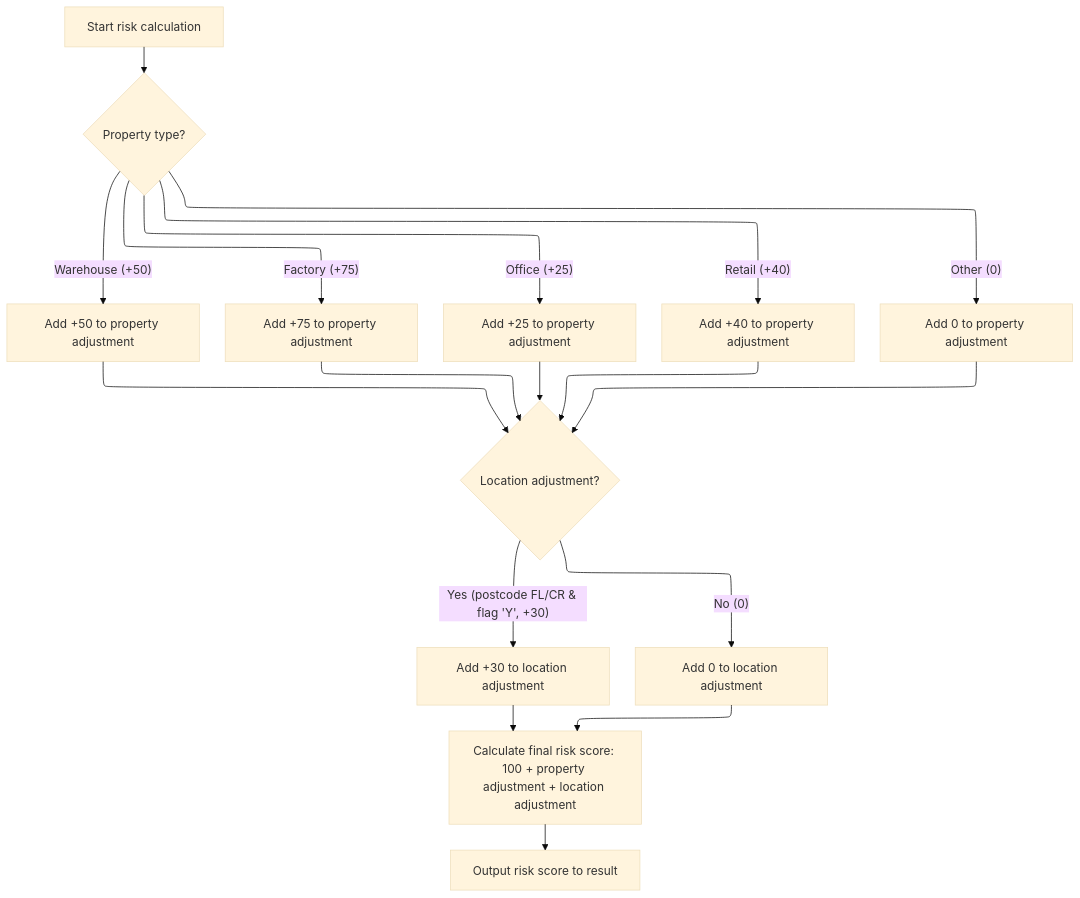
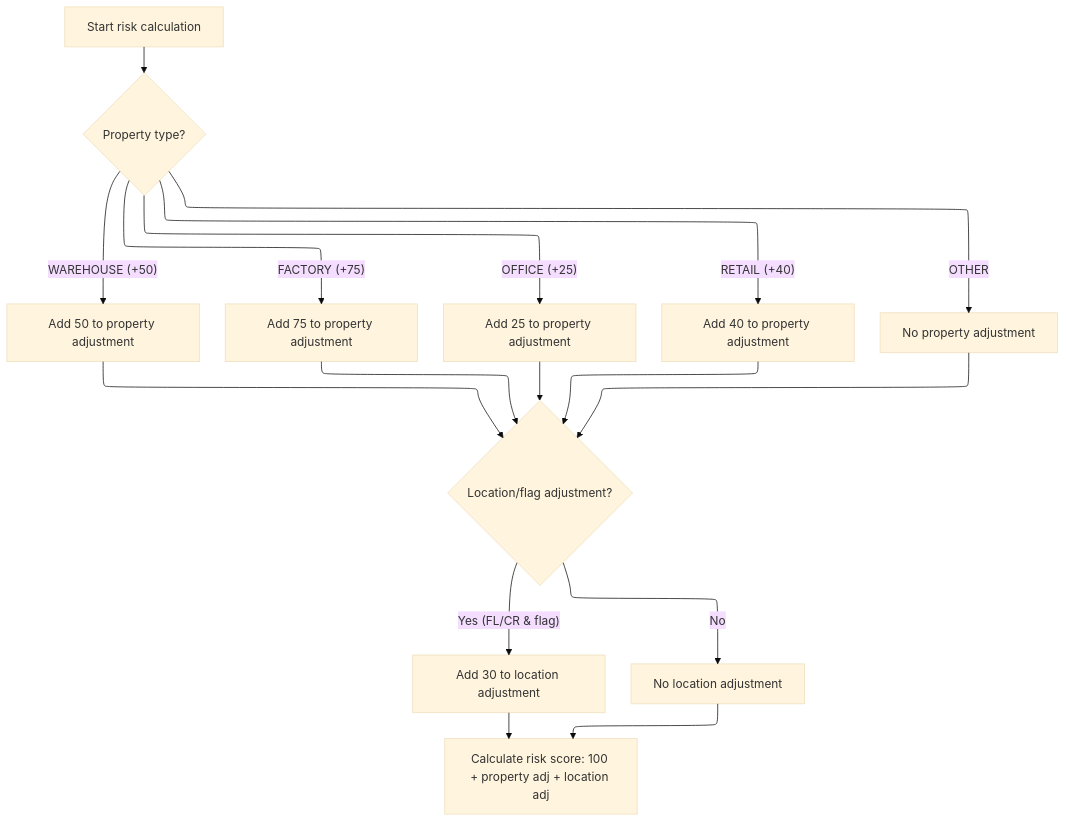
Before and after one commit to Giri-Swimm/Swimmio-genapp-motor: the second of 3 diagrams in .swm/risk-assessment-and-premium-calculation-lgpcalc1.a7vdekvv.sw.md, drawn with Mermaid (base theme). The commit also changed other lines of this file and 17 other files, not shown here.

````diff
--- a/.swm/risk-assessment-and-premium-calculation-lgpcalc1.a7vdekvv.sw.md
+++ b/.swm/risk-assessment-and-premium-calculation-lgpcalc1.a7vdekvv.sw.md
@@ -282,54 +313,66 @@
 ```mermaid
 %%{init: {"flowchart": {"defaultRenderer": "elk"}} }%%
 flowchart TD
-    node1["Start risk calculation"] --> node2{"Property type?"}
+    node1["Start risk calculation"]
     click node1 openCode "base/src/lgpcalc1.cbl:149:152"
-    node2 -->|"Warehouse (+50)"| node3["Add +50 to property adjustment"]
+    node1 --> node2{"Property type?"}
     click node2 openCode "base/src/lgpcalc1.cbl:153:168"
-    node2 -->|"Factory (+75)"| node4["Add +75 to property adjustment"]
-    node2 -->|"Office (+25)"| node5["Add +25 to property adjustment"]
-    node2 -->|"Retail (+40)"| node6["Add +40 to property adjustment"]
-    node2 -->|"Other (0)"| node7["Add 0 to property adjustment"]
-    node3 --> node8{"Location adjustment?"}
+    node2 -->|"WAREHOUSE (+50)"| node3["Add 50 to property adjustment"]
+    click node3 openCode "base/src/lgpcalc1.cbl:155:156"
+    node2 -->|"FACTORY (+75)"| node4["Add 75 to property adjustment"]
+    click node4 openCode "base/src/lgpcalc1.cbl:158:159"
+    node2 -->|"OFFICE (+25)"| node5["Add 25 to property adjustment"]
+    click node5 openCode "base/src/lgpcalc1.cbl:161:162"
+    node2 -->|"RETAIL (+40)"| node6["Add 40 to property adjustment"]
+    click node6 openCode "base/src/lgpcalc1.cbl:164:165"
+    node2 -->|"OTHER"| node7["No property adjustment"]
+    click node7 openCode "base/src/lgpcalc1.cbl:167:167"
+    node3 --> node8{"Location/flag adjustment?"}
     node4 --> node8
     node5 --> node8
     node6 --> node8
     node7 --> node8
-    node8 -->|"Yes (postcode FL/CR & flag 'Y', +30)"| node9["Add +30 to location adjustment"]
     click node8 openCode "base/src/lgpcalc1.cbl:170:174"
-    node8 -->|"No (0)"| node10["Add 0 to location adjustment"]
-    node9 --> node11["Calculate final risk score: 100 + property adjustment + location adjustment"]
-    click node9 openCode "base/src/lgpcalc1.cbl:176:179"
+    node8 -->|"Yes (FL/CR & flag)"| node9["Add 30 to location adjustment"]
+    click node9 openCode "base/src/lgpcalc1.cbl:172:173"
+    node8 -->|"No"| node10["No location adjustment"]
+    click node10 openCode "base/src/lgpcalc1.cbl:174:174"
+    node9 --> node11["Calculate risk score: 100 + property adj + location adj"]
     node10 --> node11
-    node11 --> node12["Output risk score to result"]
-    click node11 openCode "base/src/lgpcalc1.cbl:179:181"
-    click node12 openCode "base/src/lgpcalc1.cbl:179:181"
+    click node11 openCode "base/src/lgpcalc1.cbl:176:179"
+
 classDef HeadingStyle fill:#777777,stroke:#333,stroke-width:2px;
 
 %% Swimm:
 %% %%{init: {"flowchart": {"defaultRenderer": "elk"}} }%%
 %% flowchart TD
-%%     node1["Start risk calculation"] --> node2{"Property type?"}
+%%     node1["Start risk calculation"]
 %%     click node1 openCode "<SwmPath>[base/src/lgpcalc1.cbl](base/src/lgpcalc1.cbl)</SwmPath>:149:152"
-%%     node2 -->|"Warehouse (+50)"| node3["Add +50 to property adjustment"]
+%%     node1 --> node2{"Property type?"}
 %%     click node2 openCode "<SwmPath>[base/src/lgpcalc1.cbl](base/src/lgpcalc1.cbl)</SwmPath>:153:168"
-%%     node2 -->|"Factory (+75)"| node4["Add +75 to property adjustment"]
-%%     node2 -->|"Office (+25)"| node5["Add +25 to property adjustment"]
-%%     node2 -->|"Retail (+40)"| node6["Add +40 to property adjustment"]
-%%     node2 -->|"Other (0)"| node7["Add 0 to property adjustment"]
-%%     node3 --> node8{"Location adjustment?"}
+%%     node2 -->|"WAREHOUSE (+50)"| node3["Add 50 to property adjustment"]
+%%     click node3 openCode "<SwmPath>[base/src/lgpcalc1.cbl](base/src/lgpcalc1.cbl)</SwmPath>:155:156"
+%%     node2 -->|"FACTORY (+75)"| node4["Add 75 to property adjustment"]
+%%     click node4 openCode "<SwmPath>[base/src/lgpcalc1.cbl](base/src/lgpcalc1.cbl)</SwmPath>:158:159"
+%%     node2 -->|"OFFICE (+25)"| node5["Add 25 to property adjustment"]
+%%     click node5 openCode "<SwmPath>[base/src/lgpcalc1.cbl](base/src/lgpcalc1.cbl)</SwmPath>:161:162"
+%%     node2 -->|"RETAIL (+40)"| node6["Add 40 to property adjustment"]
+%%     click node6 openCode "<SwmPath>[base/src/lgpcalc1.cbl](base/src/lgpcalc1.cbl)</SwmPath>:164:165"
+%%     node2 -->|"OTHER"| node7["No property adjustment"]
+%%     click node7 openCode "<SwmPath>[base/src/lgpcalc1.cbl](base/src/lgpcalc1.cbl)</SwmPath>:167:167"
+%%     node3 --> node8{"Location/flag adjustment?"}
 %%     node4 --> node8
 %%     node5 --> node8
 %%     node6 --> node8
 %%     node7 --> node8
-%%     node8 -->|"Yes (postcode FL/CR & flag 'Y', +30)"| node9["Add +30 to location adjustment"]
 %%     click node8 openCode "<SwmPath>[base/src/lgpcalc1.cbl](base/src/lgpcalc1.cbl)</SwmPath>:170:174"
-%%     node8 -->|"No (0)"| node10["Add 0 to location adjustment"]
-%%     node9 --> node11["Calculate final risk score: 100 + property adjustment + location adjustment"]
-%%     click node9 openCode "<SwmPath>[base/src/lgpcalc1.cbl](base/src/lgpcalc1.cbl)</SwmPath>:176:179"
+%%     node8 -->|"Yes (FL/CR & flag)"| node9["Add 30 to location adjustment"]
+%%     click node9 openCode "<SwmPath>[base/src/lgpcalc1.cbl](base/src/lgpcalc1.cbl)</SwmPath>:172:173"
+%%     node8 -->|"No"| node10["No location adjustment"]
+%%     click node10 openCode "<SwmPath>[base/src/lgpcalc1.cbl](base/src/lgpcalc1.cbl)</SwmPath>:174:174"
+%%     node9 --> node11["Calculate risk score: 100 + property adj + location adj"]
 %%     node10 --> node11
-%%     node11 --> node12["Output risk score to result"]
-%%     click node11 openCode "<SwmPath>[base/src/lgpcalc1.cbl](base/src/lgpcalc1.cbl)</SwmPath>:179:181"
-%%     click node12 openCode "<SwmPath>[base/src/lgpcalc1.cbl](base/src/lgpcalc1.cbl)</SwmPath>:179:181"
+%%     click node11 openCode "<SwmPath>[base/src/lgpcalc1.cbl](base/src/lgpcalc1.cbl)</SwmPath>:176:179"
+%% 
 %% classDef HeadingStyle fill:#777777,stroke:#333,stroke-width:2px;
 ```
````
